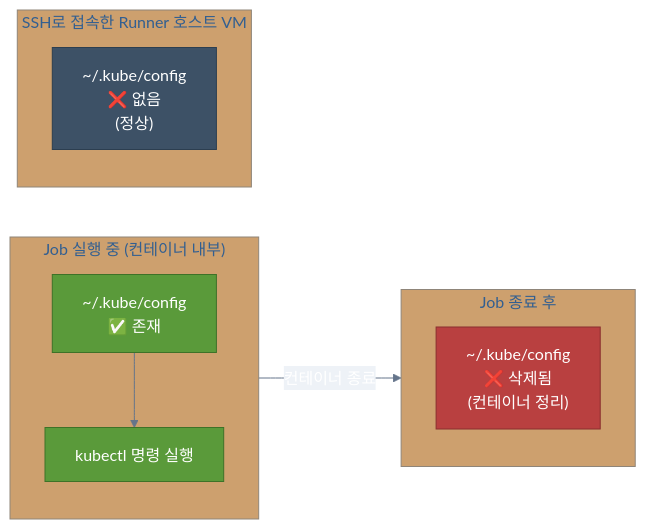
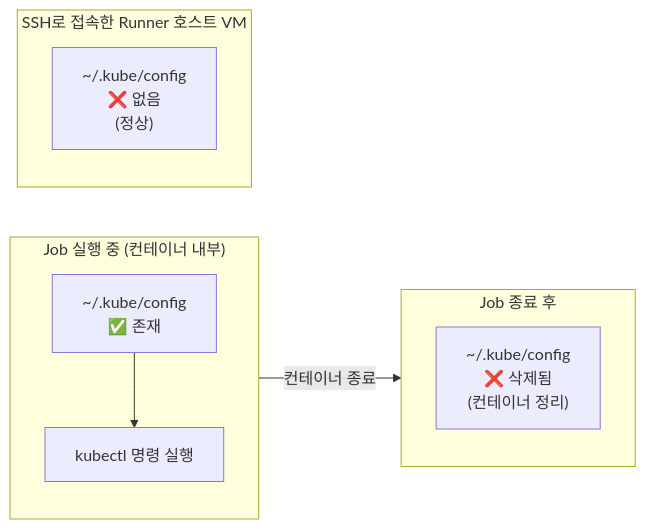
The seventh of 8 diagrams in posts/study/infra/gitlab-cicd-guide.md (Seobway23/Seobway23.github.io), drawn with Mermaid before and after one commit. The commit also changed other lines of this file and 21 other files, not shown here.

Commit message:
:sparkles: mermaid, code,inline edit

````diff
--- a/posts/study/infra/gitlab-cicd-guide.md
+++ b/posts/study/infra/gitlab-cicd-guide.md
@@ -304,27 +268,22 @@
 ```mermaid
-%%{init: {'theme': 'base', 'themeVariables': {'primaryColor': '#5b8ec7', 'primaryTextColor': '#fff', 'primaryBorderColor': '#3d6fa5', 'lineColor': '#64748b', 'edgeLabelBackground': '#eef2f7'}}}%%
+%% desc: kubeconfig 수명 — 잡 실행 중에만 컨테이너 내 존재, 종료 후 자동 삭제
 flowchart LR
     subgraph JOB["Job 실행 중 (컨테이너 내부)"]
         CONFIG["~/.kube/config\n✅ 존재"]
         KUBECTL["kubectl 명령 실행"]
         CONFIG --> KUBECTL
     end
 
     subgraph AFTER["Job 종료 후"]
         GONE["~/.kube/config\n❌ 삭제됨\n(컨테이너 정리)"]
     end
 
     subgraph VM["SSH로 접속한 Runner 호스트 VM"]
         NOTHERE["~/.kube/config\n❌ 없음\n(정상)"]
     end
 
     JOB -->|"컨테이너 종료"| AFTER
 
-    classDef ok fill:#5a9a3a,stroke:#3d7228,color:#fff
-    classDef gone fill:#b94040,stroke:#8a2e2e,color:#fff
-    classDef vm fill:#3d5166,stroke:#2c3e50,color:#fff
 
-    class CONFIG,KUBECTL ok
-    class GONE,NOTHERE gone
-    class NOTHERE vm
+
 ```
````
